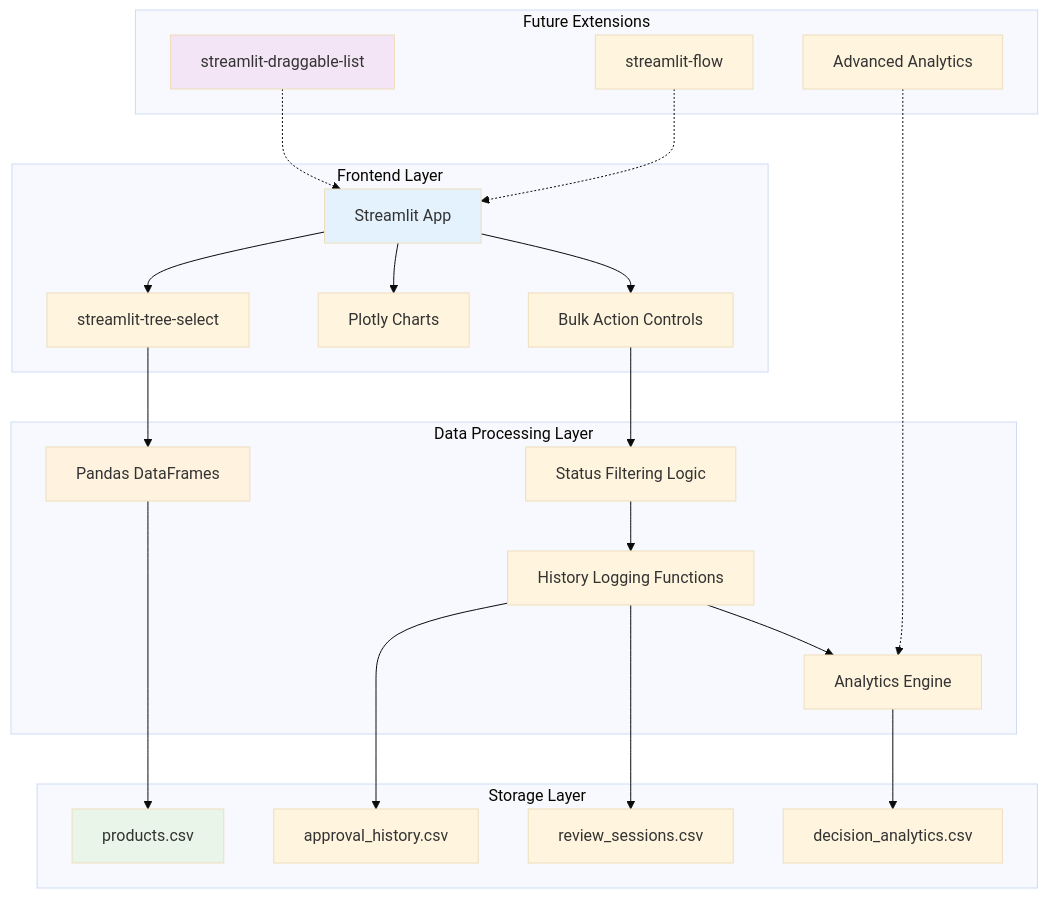
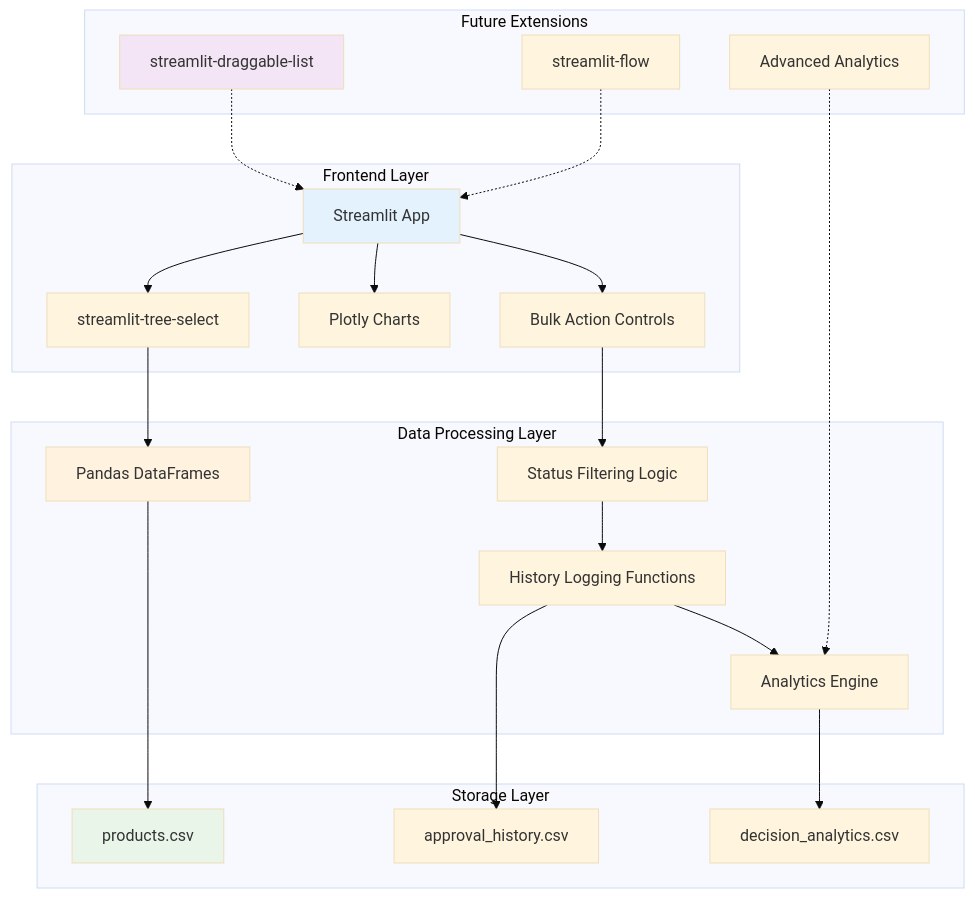
The sixth of 6 diagrams in RECOMMENDED_PRODUCTS_PLAN.md (azen-alex/streamlit), drawn with Mermaid (base theme) before and after one commit. The commit also changed other lines of this file and 1 other file, not shown here.

First line of the commit message:
Remove review sessions feature from documentation and code

````diff
--- a/RECOMMENDED_PRODUCTS_PLAN.md
+++ b/RECOMMENDED_PRODUCTS_PLAN.md
@@ -518,50 +476,48 @@
 ```mermaid
 graph TB
     subgraph "Frontend Layer"
         A[Streamlit App]
         B[streamlit-tree-select]
         C[Plotly Charts]
         D[Bulk Action Controls]
     end
     
     subgraph "Data Processing Layer"
         E[Pandas DataFrames]
         F[Status Filtering Logic]
         G[History Logging Functions]
         H[Analytics Engine]
     end
     
     subgraph "Storage Layer"
         I[products.csv]
         J[approval_history.csv]
-        K[review_sessions.csv]
-        L[decision_analytics.csv]
+        K[decision_analytics.csv]
     end
     
     subgraph "Future Extensions"
         M[streamlit-draggable-list]
         N[streamlit-flow]
         O[Advanced Analytics]
     end
     
     A --> B
     A --> C
     A --> D
     B --> E
     D --> F
     F --> G
     G --> H
     E --> I
     G --> J
-    G --> K
-    H --> L
+    H --> K
     
     M -.-> A
     N -.-> A
     O -.-> H
     
     style A fill:#e3f2fd
     style E fill:#fff3e0
     style I fill:#e8f5e8
     style M fill:#f3e5f5
 ```
````
